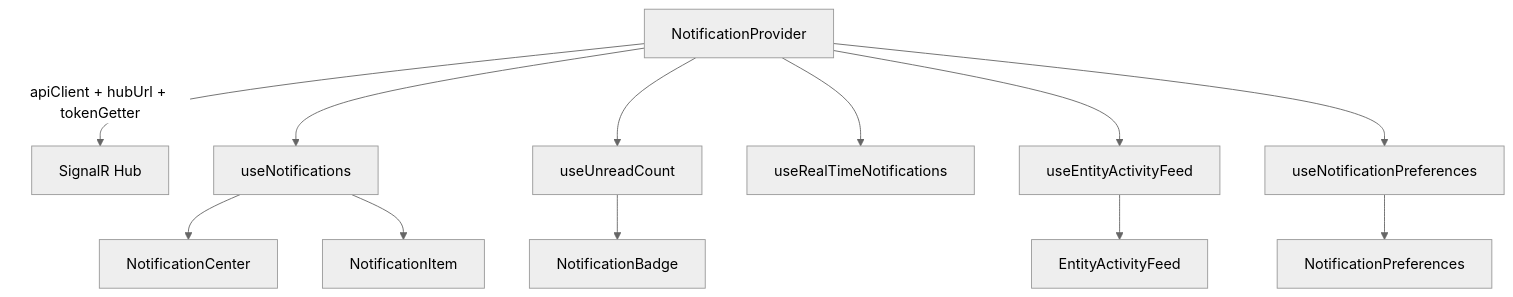
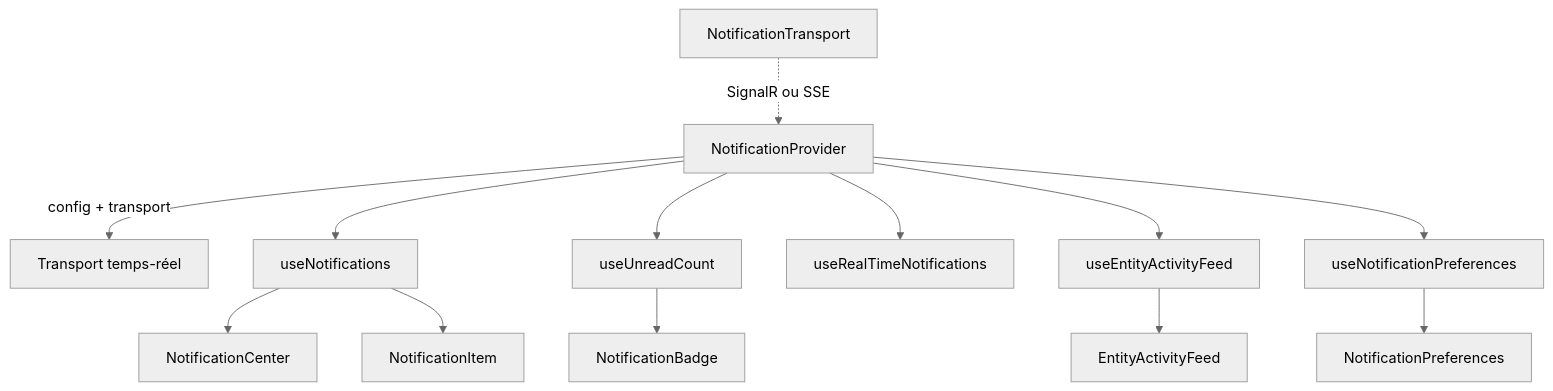
One commit to enraiz/granit-front changed the diagram in docs/framework/notifications.md. Above: the diagram before and after it, drawn with Mermaid (neutral theme). The commit also changed other lines of this file and 43 other files, not shown here.

First line of the commit message:
feat(notifications): architecture transport-agnostique et packages modulaires

````diff
--- a/docs/framework/notifications.md
+++ b/docs/framework/notifications.md
@@ -16,14 +30,15 @@
 ```mermaid
 graph TD
-    A[NotificationProvider] -->|apiClient + hubUrl + tokenGetter| B[SignalR Hub]
+    T[NotificationTransport] -.->|SignalR ou SSE| A
+    A[NotificationProvider] -->|config + transport| B[Transport temps-réel]
     A --> C[useNotifications]
     A --> D[useUnreadCount]
     A --> E[useRealTimeNotifications]
     A --> F[useEntityActivityFeed]
     A --> G[useNotificationPreferences]
     C --> H[NotificationCenter]
     C --> I[NotificationItem]
     D --> J[NotificationBadge]
     F --> K[EntityActivityFeed]
     G --> L[NotificationPreferences]
 ```
````
